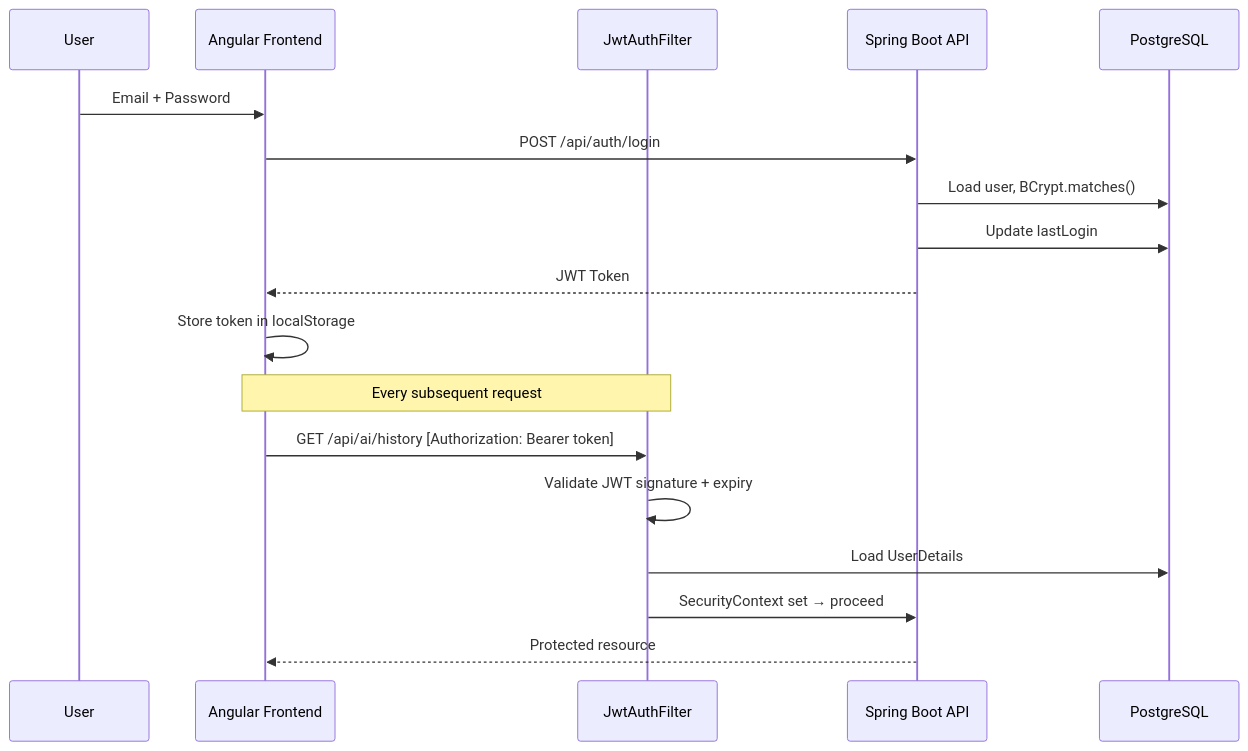
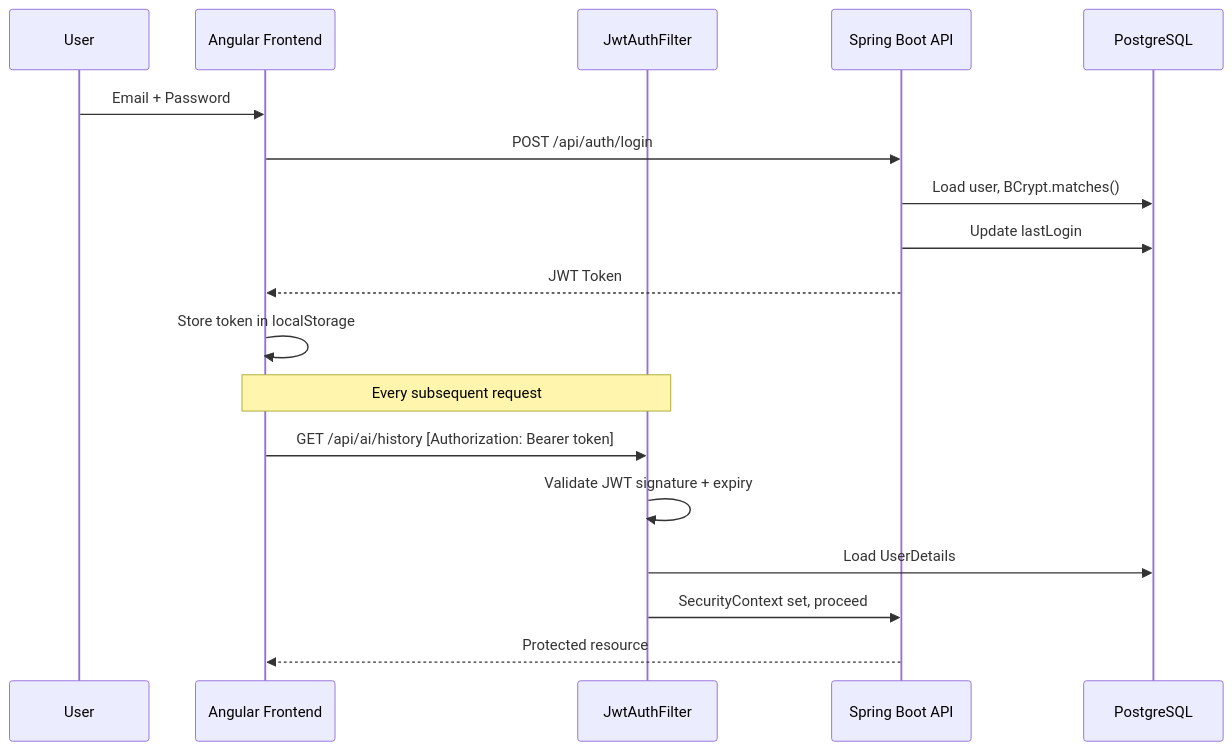
The third of 5 diagrams in README.md (Raman-8688/secure-ai-assistant), drawn with Mermaid before and after one commit. The commit also changed other lines of this file, not shown here.

````diff
--- a/README.md
+++ b/README.md
@@ -221,23 +221,23 @@
 ```mermaid
 sequenceDiagram
     participant U as User
     participant FE as Angular Frontend
     participant FI as JwtAuthFilter
     participant BE as Spring Boot API
     participant DB as PostgreSQL
 
     U->>FE: Email + Password
     FE->>BE: POST /api/auth/login
     BE->>DB: Load user, BCrypt.matches()
     BE->>DB: Update lastLogin
     BE-->>FE: JWT Token
     FE->>FE: Store token in localStorage
 
     Note over FE,FI: Every subsequent request
 
     FE->>FI: GET /api/ai/history [Authorization: Bearer token]
     FI->>FI: Validate JWT signature + expiry
     FI->>DB: Load UserDetails
-    FI->>BE: SecurityContext set → proceed
+    FI->>BE: SecurityContext set, proceed
     BE-->>FE: Protected resource
 ```
````
